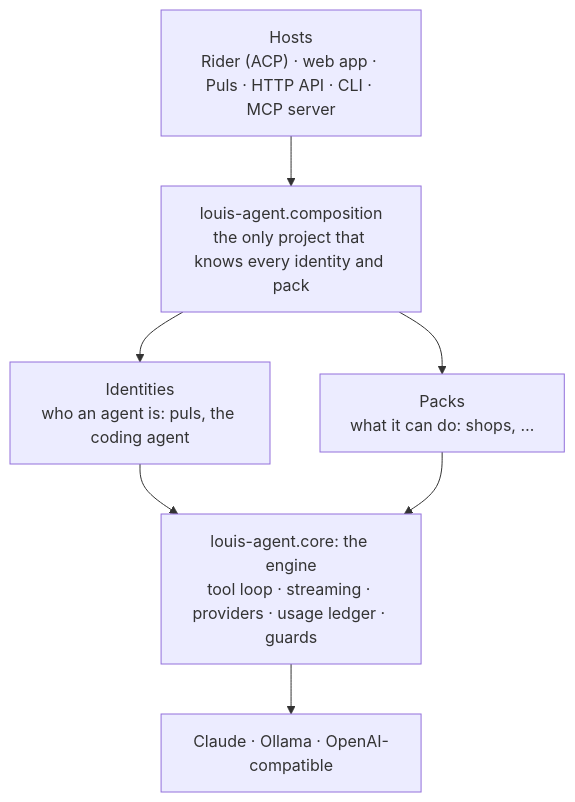
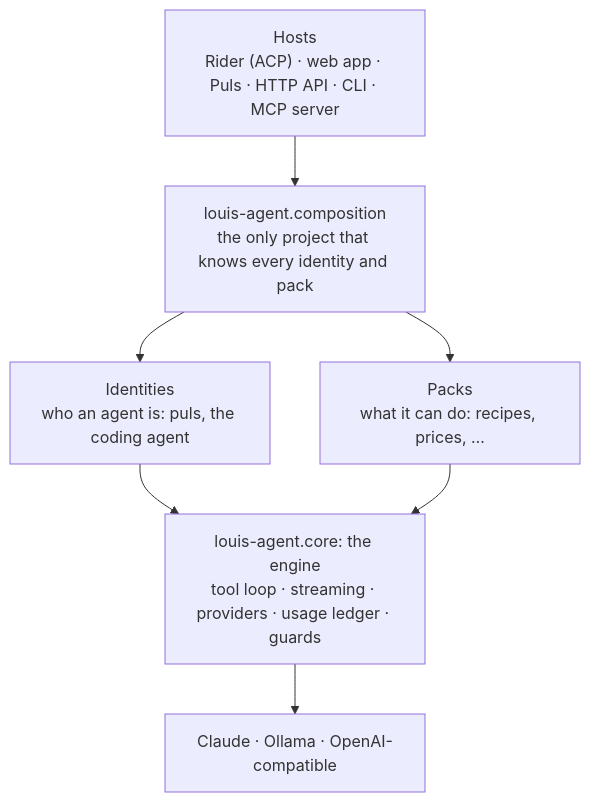
The diagram in README.md (bosbevk/louis-agent), drawn with Mermaid before and after one commit. The commit also changed other lines of this file, not shown here.

First line of the commit message:
docs(readme): what works today after F49, F52, F53, F54 and F35.1

````diff
--- a/README.md
+++ b/README.md
@@ -38,15 +40,15 @@
 ```mermaid
 flowchart TB
     hosts["Hosts<br/>Rider (ACP) · web app · Puls · HTTP API · CLI · MCP server"]
     comp["louis-agent.composition<br/>the only project that knows every identity and pack"]
     ids["Identities<br/>who an agent is: puls, the coding agent"]
-    packs["Packs<br/>what it can do: shops, …"]
+    packs["Packs<br/>what it can do: recipes, prices, …"]
     core["louis-agent.core: the engine<br/>tool loop · streaming · providers · usage ledger · guards"]
     llm["Claude · Ollama · OpenAI-compatible"]
     hosts --> comp
     comp --> ids
     comp --> packs
     ids --> core
     packs --> core
     core --> llm
 ```
````
